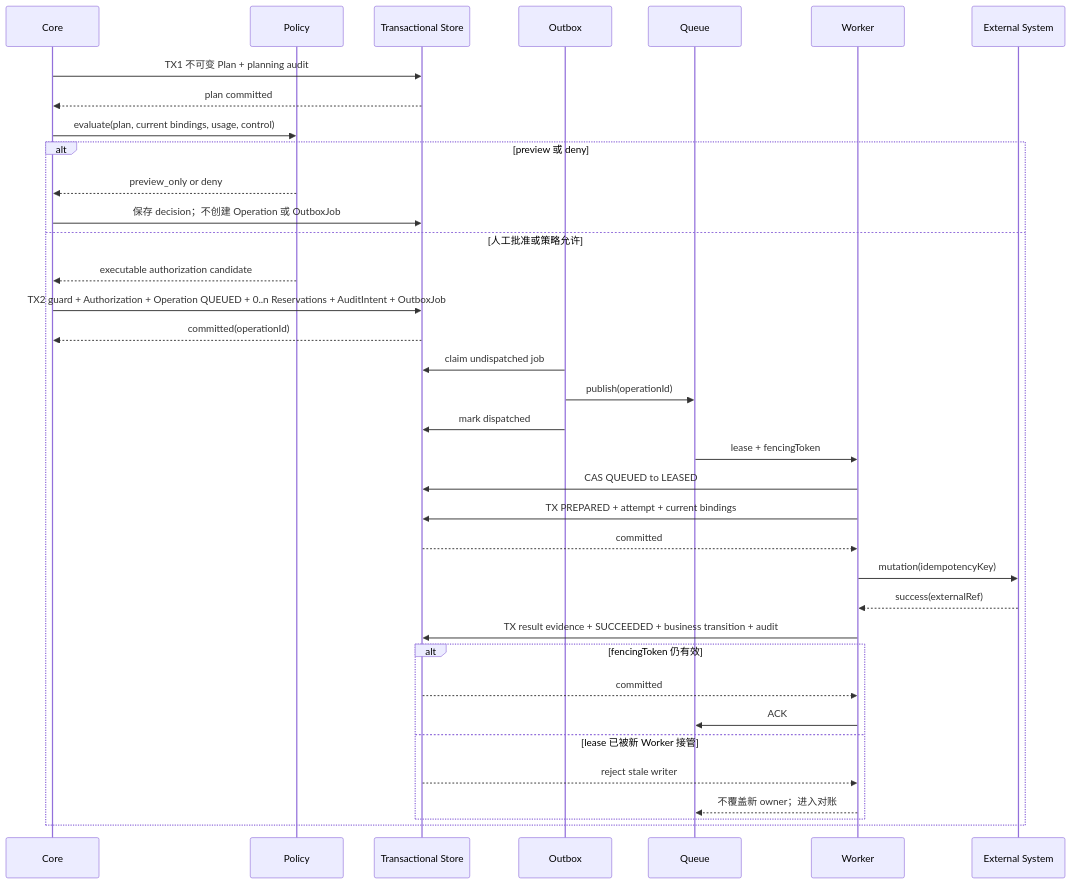
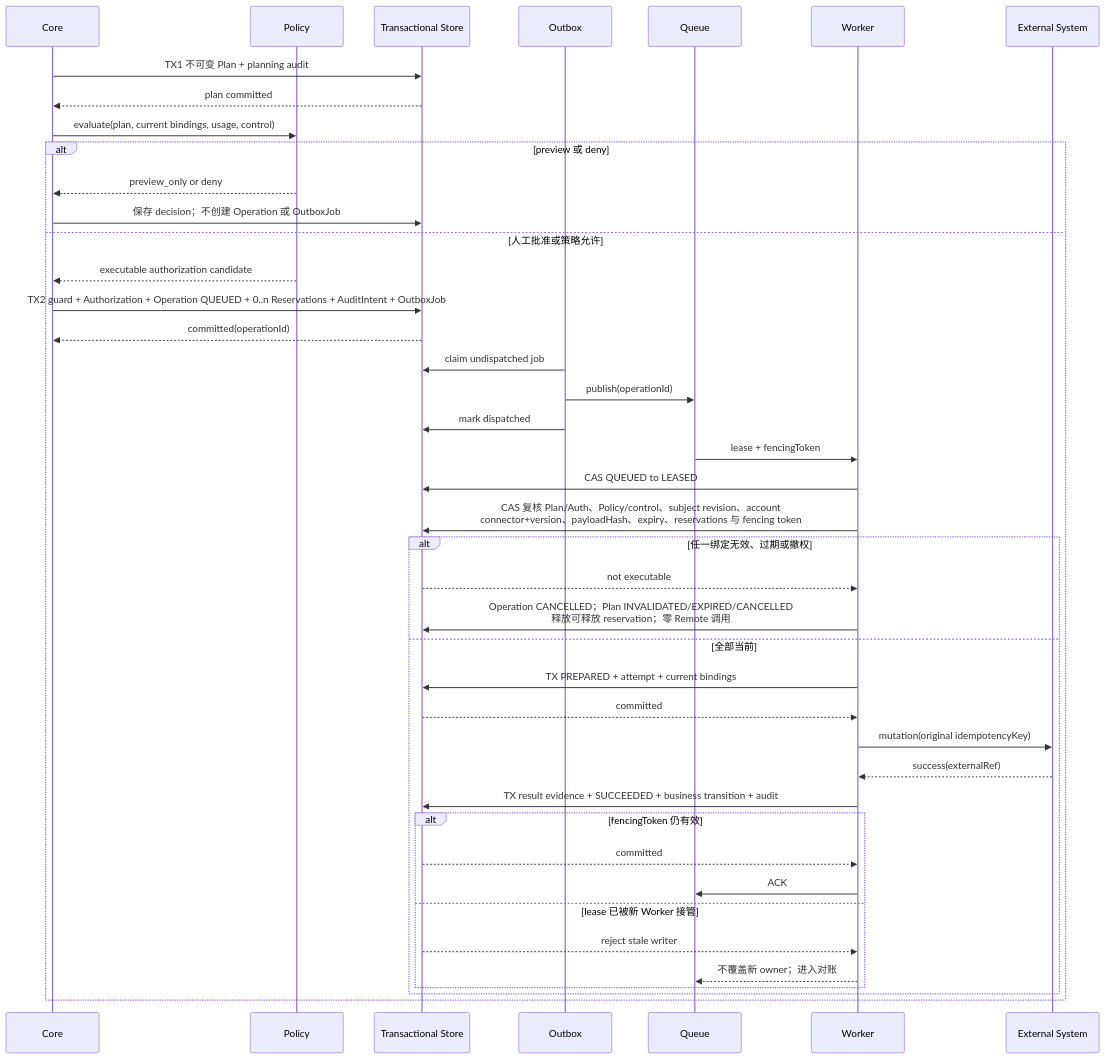
Before and after one commit to AnnCYW-cm/rolefox: the fifth of 24 diagrams in docs/product/uml/05-sequence-flows.md, drawn with Mermaid. The commit also changed other lines of this file and 22 other files, not shown here.

Commit message:
docs: accept v0.1 product and UML baseline

````diff
--- a/docs/product/uml/05-sequence-flows.md
+++ b/docs/product/uml/05-sequence-flows.md
@@ -248,41 +273,47 @@
 ```mermaid
 sequenceDiagram
     participant Core
     participant Policy
     participant DB as Transactional Store
     participant Outbox
     participant Queue
     participant Worker
     participant Remote as External System
 
     %% @anchor PLAN_CREATED
     Core->>DB: TX1 不可变 Plan + planning audit
     DB-->>Core: plan committed
     Core->>Policy: evaluate(plan, current bindings, usage, control)
     alt preview 或 deny
         Policy-->>Core: preview_only or deny
         Core->>DB: 保存 decision；不创建 Operation 或 OutboxJob
     else 人工批准或策略允许
         Policy-->>Core: executable authorization candidate
         %% @anchor AUTH_OPERATION_OUTBOX_COMMITTED
         Core->>DB: TX2 guard + Authorization + Operation QUEUED + 0..n Reservations + AuditIntent + OutboxJob
         DB-->>Core: committed(operationId)
         Outbox->>DB: claim undispatched job
         Outbox->>Queue: publish(operationId)
         Outbox->>DB: mark dispatched
         Queue->>Worker: lease + fencingToken
         Worker->>DB: CAS QUEUED to LEASED
-        Worker->>DB: TX PREPARED + attempt + current bindings
-        DB-->>Worker: committed
-        Worker->>Remote: mutation(idempotencyKey)
-        Remote-->>Worker: success(externalRef)
-        Worker->>DB: TX result evidence + SUCCEEDED + business transition + audit
-        alt fencingToken 仍有效
+        Worker->>DB: CAS 复核 Plan/Auth、Policy/control、subject revision、account<br/>connector+version、payloadHash、expiry、reservations 与 fencing token
+        alt 任一绑定无效、过期或撤权
+            DB-->>Worker: not executable
+            Worker->>DB: Operation CANCELLED；Plan INVALIDATED/EXPIRED/CANCELLED<br/>释放可释放 reservation；零 Remote 调用
+        else 全部当前
+            Worker->>DB: TX PREPARED + attempt + current bindings
             DB-->>Worker: committed
-            Worker->>Queue: ACK
-        else lease 已被新 Worker 接管
-            DB-->>Worker: reject stale writer
-            Worker-->>Queue: 不覆盖新 owner；进入对账
+            Worker->>Remote: mutation(original idempotencyKey)
+            Remote-->>Worker: success(externalRef)
+            Worker->>DB: TX result evidence + SUCCEEDED + business transition + audit
+            alt fencingToken 仍有效
+                DB-->>Worker: committed
+                Worker->>Queue: ACK
+            else lease 已被新 Worker 接管
+                DB-->>Worker: reject stale writer
+                Worker-->>Queue: 不覆盖新 owner；进入对账
+            end
         end
     end
 ```
````
